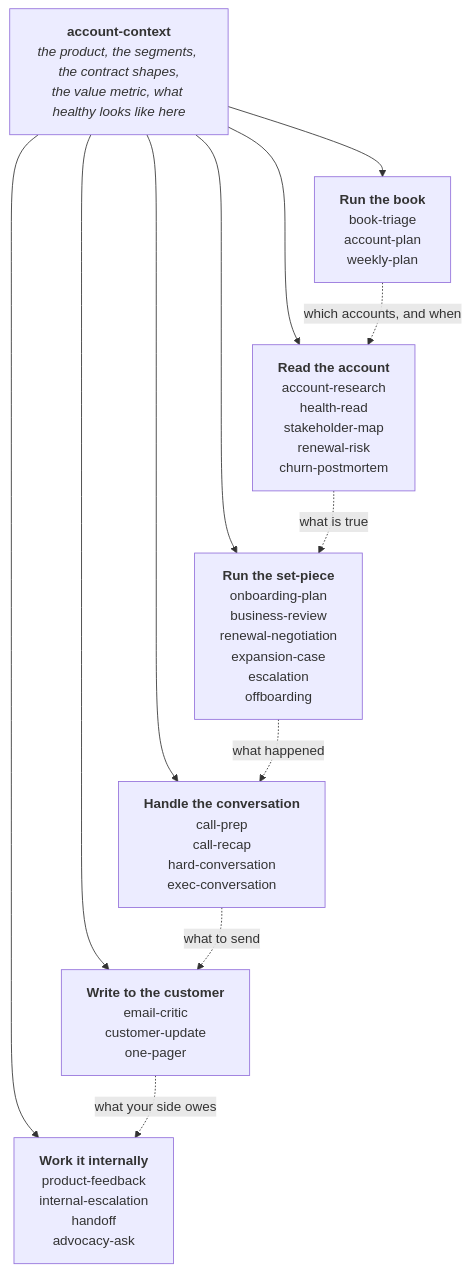
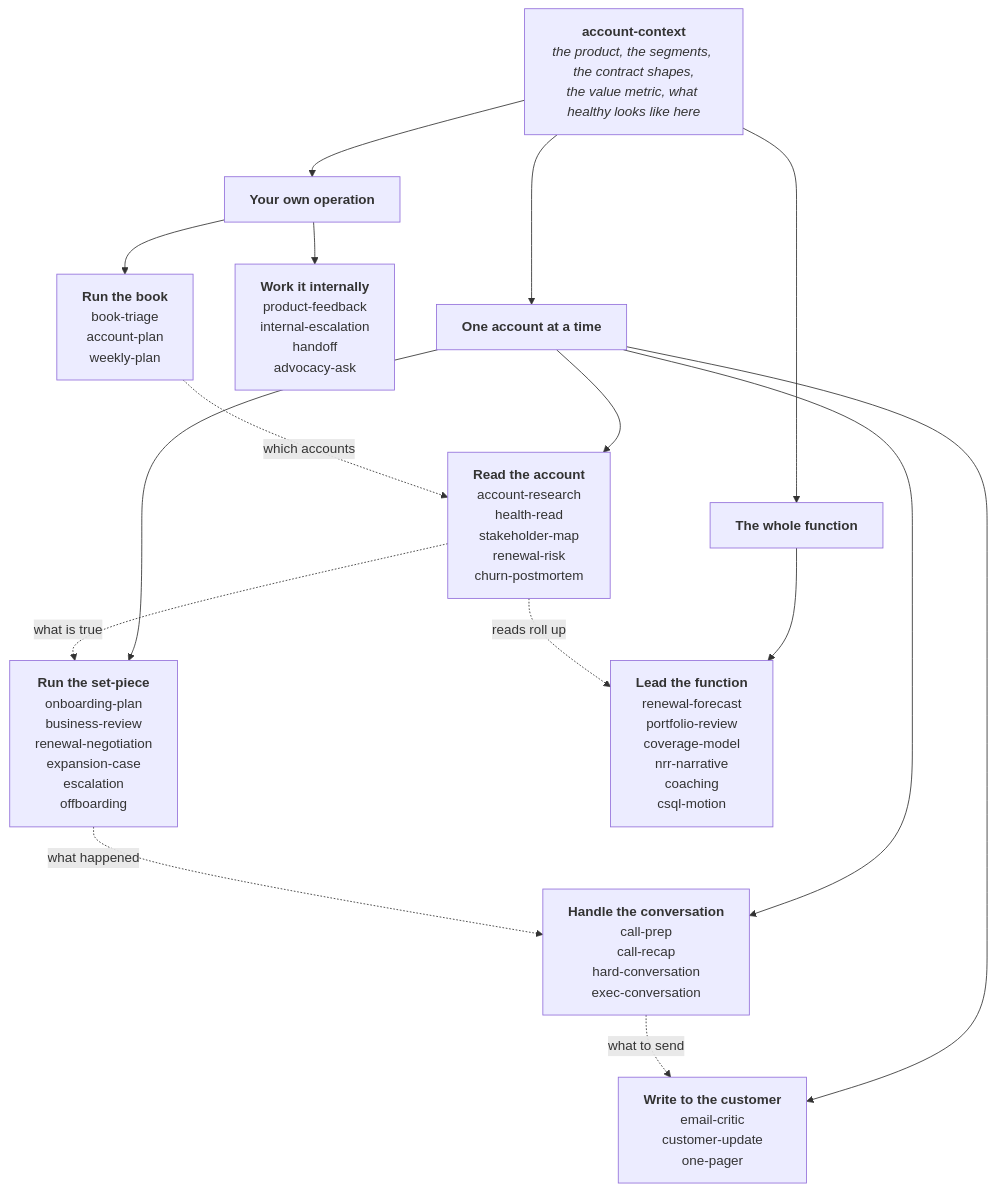
One commit to CSPulse/Skills changed the diagram in README.md. Above: the diagram before and after it, drawn with Mermaid. The commit also changed other lines of this file and 14 other files, not shown here.

First line of the commit message:
Add the six 'lead the function' skills, completing the library

````diff
--- a/README.md
+++ b/README.md
@@ -31,17 +31,24 @@
 ```mermaid
 flowchart TB
     AC["<b>account-context</b><br/><i>the product, the segments, the contract shapes,<br/>the value metric, what healthy looks like here</i>"]
 
-    AC --> R["<b>Read the account</b><br/>account-research<br/>health-read<br/>stakeholder-map<br/>renewal-risk<br/>churn-postmortem"]
-    AC --> S["<b>Run the set-piece</b><br/>onboarding-plan<br/>business-review<br/>renewal-negotiation<br/>expansion-case<br/>escalation<br/>offboarding"]
-    AC --> C["<b>Handle the conversation</b><br/>call-prep<br/>call-recap<br/>hard-conversation<br/>exec-conversation"]
-    AC --> W["<b>Write to the customer</b><br/>email-critic<br/>customer-update<br/>one-pager"]
-    AC --> I["<b>Work it internally</b><br/>product-feedback<br/>internal-escalation<br/>handoff<br/>advocacy-ask"]
-    AC --> B["<b>Run the book</b><br/>book-triage<br/>account-plan<br/>weekly-plan"]
+    AC --> ONE["<b>One account at a time</b>"]
+    AC --> OWN["<b>Your own operation</b>"]
+    AC --> FUN["<b>The whole function</b>"]
+
+    ONE --> R["<b>Read the account</b><br/>account-research<br/>health-read<br/>stakeholder-map<br/>renewal-risk<br/>churn-postmortem"]
+    ONE --> S["<b>Run the set-piece</b><br/>onboarding-plan<br/>business-review<br/>renewal-negotiation<br/>expansion-case<br/>escalation<br/>offboarding"]
+    ONE --> C["<b>Handle the conversation</b><br/>call-prep<br/>call-recap<br/>hard-conversation<br/>exec-conversation"]
+    ONE --> W["<b>Write to the customer</b><br/>email-critic<br/>customer-update<br/>one-pager"]
+
+    OWN --> I["<b>Work it internally</b><br/>product-feedback<br/>internal-escalation<br/>handoff<br/>advocacy-ask"]
+    OWN --> B["<b>Run the book</b><br/>book-triage<br/>account-plan<br/>weekly-plan"]
+
+    FUN --> L["<b>Lead the function</b><br/>renewal-forecast<br/>portfolio-review<br/>coverage-model<br/>nrr-narrative<br/>coaching<br/>csql-motion"]
 
     R -.->|"what is true"| S
     S -.->|"what happened"| C
     C -.->|"what to send"| W
-    W -.->|"what your side owes"| I
-    B -.->|"which accounts, and when"| R
+    B -.->|"which accounts"| R
+    R -.->|"reads roll up"| L
 ```
````
